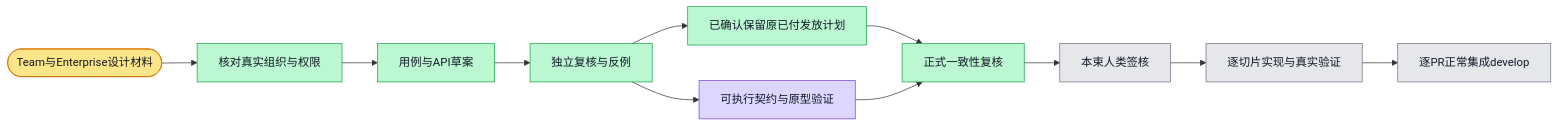
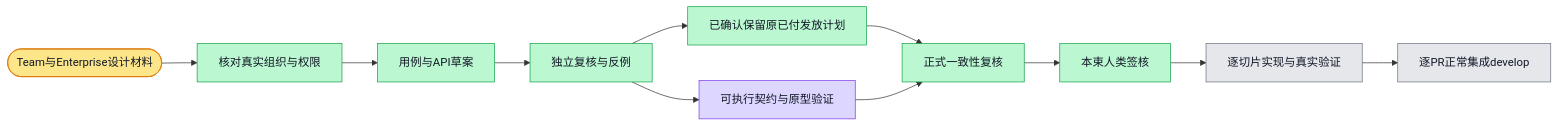
One commit to boardx/workspacex changed the diagram in phases/phase-21-billing-payment/design-deltas/team-enterprise-v1/execution-plan.md. Above: the diagram before and after it, drawn with Mermaid. The commit also changed 3 other files, not shown here.

````diff
--- a/phases/phase-21-billing-payment/design-deltas/team-enterprise-v1/execution-plan.md
+++ b/phases/phase-21-billing-payment/design-deltas/team-enterprise-v1/execution-plan.md
@@ -5,30 +5,30 @@
 ```mermaid
 flowchart LR
  G([Team与Enterprise设计材料]) --> S1[核对真实组织与权限]
  S1 --> S2[用例与API草案]
  S2 --> S3[独立复核与反例]
  S3 --> B1[已确认保留原已付发放计划]
  S3 --> S4[可执行契约与原型验证]
  B1 --> S5[正式一致性复核]
  S4 --> S5
  S5 --> S6[本束人类签核]
  S6 --> S7[逐切片实现与真实验证]
  S7 --> S8[逐PR正常集成develop]
  classDef todo fill:#e5e7eb,stroke:#6b7280,color:#111827
  classDef doing fill:#fde68a,stroke:#d97706,color:#111827
  classDef done fill:#bbf7d0,stroke:#16a34a,color:#111827
  classDef tested fill:#ddd6fe,stroke:#7c3aed,color:#111827
  classDef blocked fill:#fecaca,stroke:#dc2626,color:#111827
  class G doing
  class S1 done
  class S2 done
  class S3 done
  class B1 done
  %% evidence B1: human-decisions.md; explicit user reply on 2026-11-02
  class S4 tested
  %% evidence S4: calendar/core132, contracts1386, UI65, API/PG94; platform proposal complete; three independent UI review gaps fixed and under final verification
  class S5 done
- class S6 todo
+ class S6 done
  class S7 todo
  class S8 todo
 ```
````
